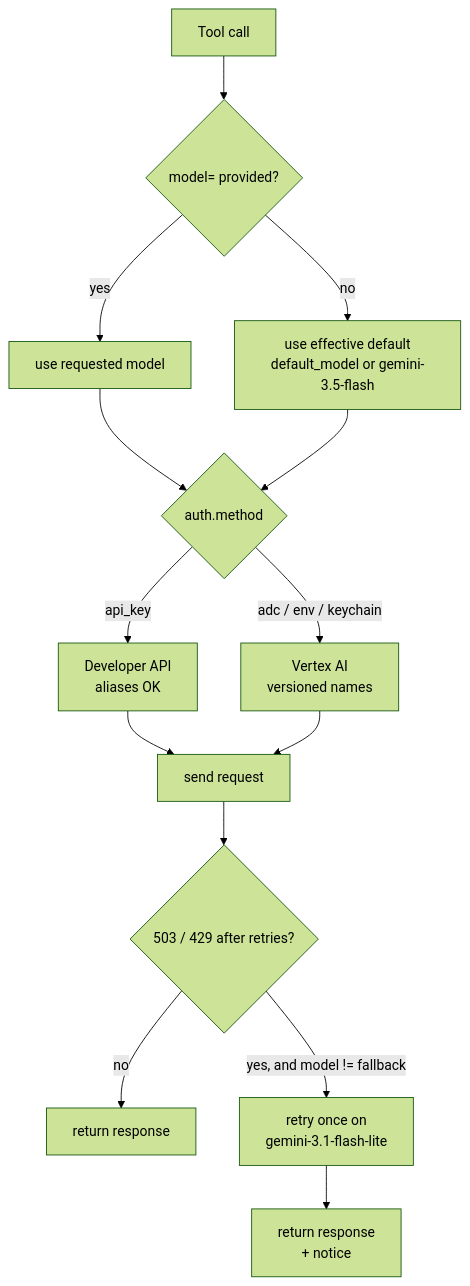
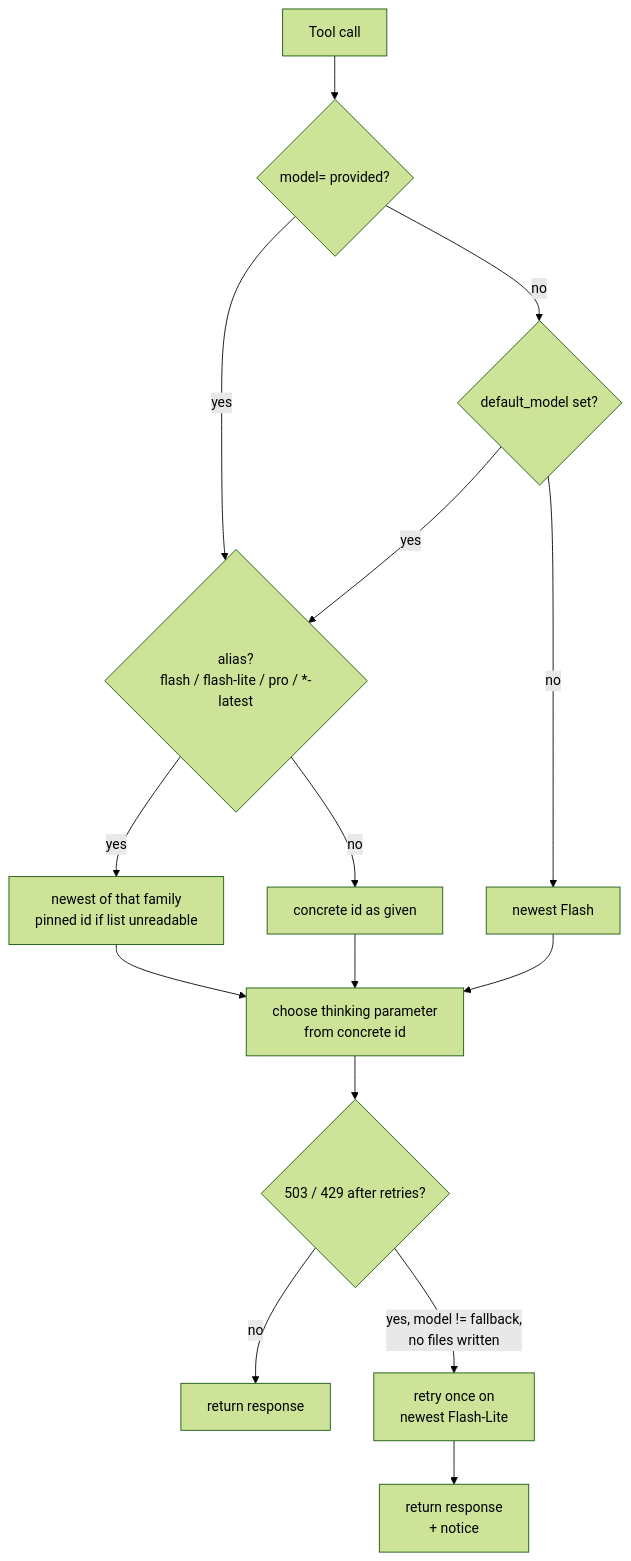
Before and after one commit to FlintAndFilament/gemini-bridge: the diagram in docs/configuration.md, drawn with Mermaid (forest theme). The commit also changed other lines of this file and 14 other files, not shown here.

````diff
--- a/docs/configuration.md
+++ b/docs/configuration.md
@@ -233,16 +255,17 @@
 ```mermaid
 flowchart TD
     A[Tool call] --> B{model= provided?}
-    B -->|yes| C[use requested model]
-    B -->|no| D["use effective default<br/>default_model or gemini-3.5-flash"]
-    C --> E{auth.method}
-    D --> E
-    E -->|api_key| F[Developer API<br/>aliases OK]
-    E -->|adc / env / keychain| G[Vertex AI<br/>versioned names]
-    F --> H[send request]
+    B -->|yes| C{alias?<br/>flash / flash-lite / pro / *-latest}
+    B -->|no| D{default_model set?}
+    D -->|yes| C
+    D -->|no| F[newest Flash]
+    C -->|yes| E[newest of that family<br/>pinned id if list unreadable]
+    C -->|no| G[concrete id as given]
+    E --> H[choose thinking parameter<br/>from concrete id]
+    F --> H
     G --> H
     H --> I{503 / 429 after retries?}
     I -->|no| J[return response]
-    I -->|yes, and model != fallback| K[retry once on<br/>gemini-3.1-flash-lite]
+    I -->|yes, model != fallback,<br/>no files written| K[retry once on<br/>newest Flash-Lite]
     K --> L[return response<br/>+ notice]
 ```
````
